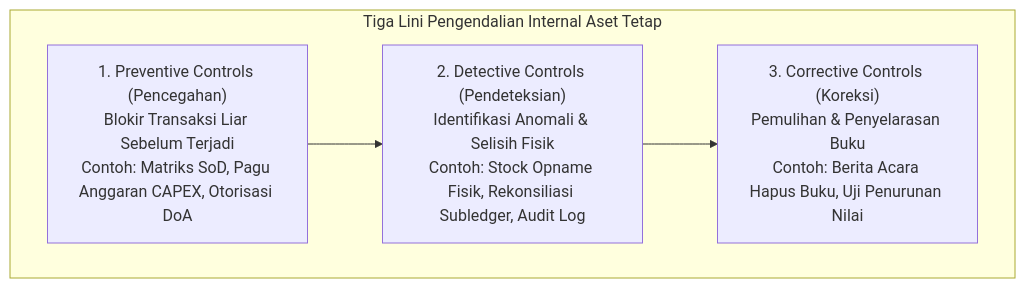
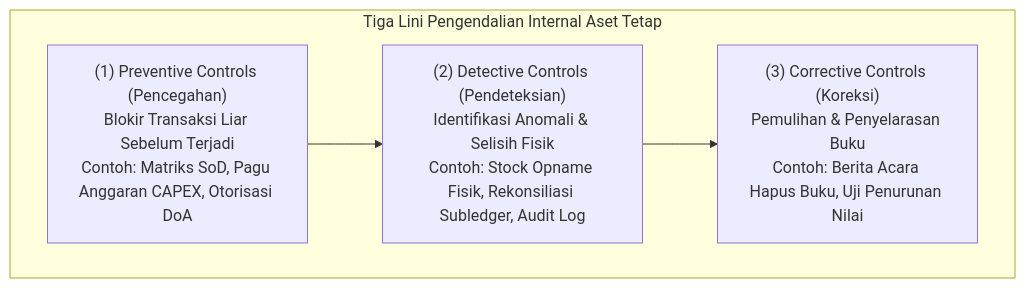
One commit to alimurrofid/erp-notes changed the first of 2 diagrams in content/08-assets/asset-controls-and-governance.md. Above: the diagram before and after it, drawn with Mermaid. The commit also changed 132 other files, not shown here.

````diff
--- a/content/08-assets/asset-controls-and-governance.md
+++ b/content/08-assets/asset-controls-and-governance.md
@@ -9,9 +9,9 @@
 ```mermaid
 flowchart TD
     subgraph COSOAssetControls["Tiga Lini Pengendalian Internal Aset Tetap"]
-        Prev["1. Preventive Controls (Pencegahan)<br/>Blokir Transaksi Liar Sebelum Terjadi<br/>Contoh: Matriks SoD, Pagu Anggaran CAPEX, Otorisasi DoA"]
-        Det["2. Detective Controls (Pendeteksian)<br/>Identifikasi Anomali & Selisih Fisik<br/>Contoh: Stock Opname Fisik, Rekonsiliasi Subledger, Audit Log"]
-        Corr["3. Corrective Controls (Koreksi)<br/>Pemulihan & Penyelarasan Buku<br/>Contoh: Berita Acara Hapus Buku, Uji Penurunan Nilai"]
+        Prev["(1) Preventive Controls (Pencegahan)<br/>Blokir Transaksi Liar Sebelum Terjadi<br/>Contoh: Matriks SoD, Pagu Anggaran CAPEX, Otorisasi DoA"]
+        Det["(2) Detective Controls (Pendeteksian)<br/>Identifikasi Anomali & Selisih Fisik<br/>Contoh: Stock Opname Fisik, Rekonsiliasi Subledger, Audit Log"]
+        Corr["(3) Corrective Controls (Koreksi)<br/>Pemulihan & Penyelarasan Buku<br/>Contoh: Berita Acara Hapus Buku, Uji Penurunan Nilai"]
     end
     Prev --> Det --> Corr
 ```
````
